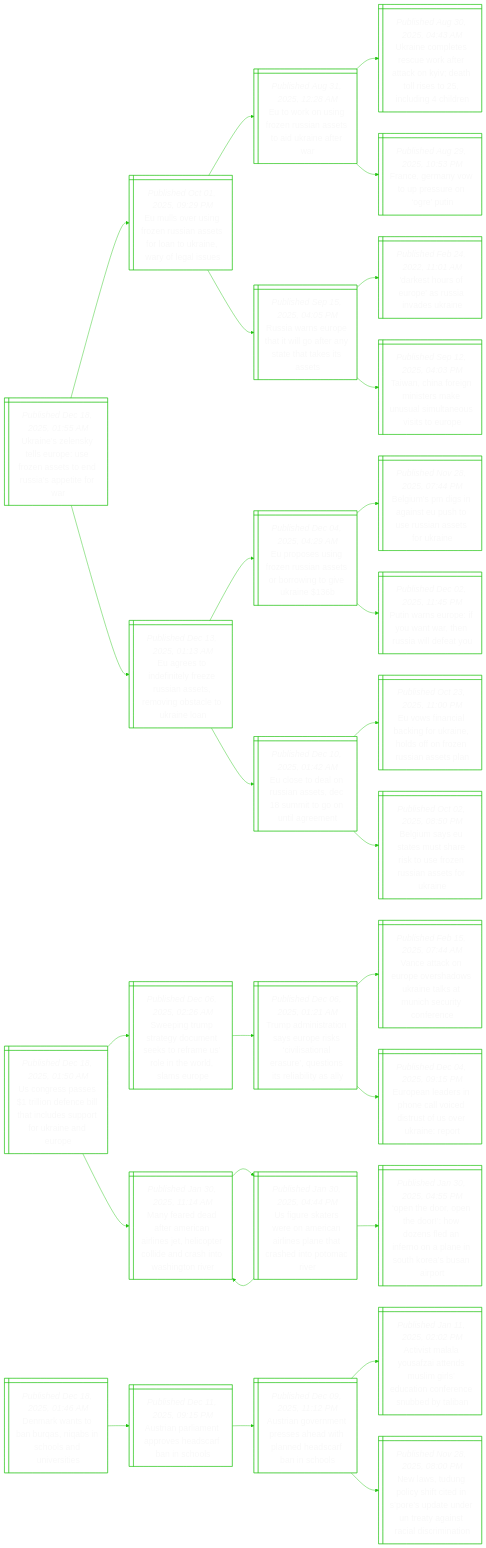
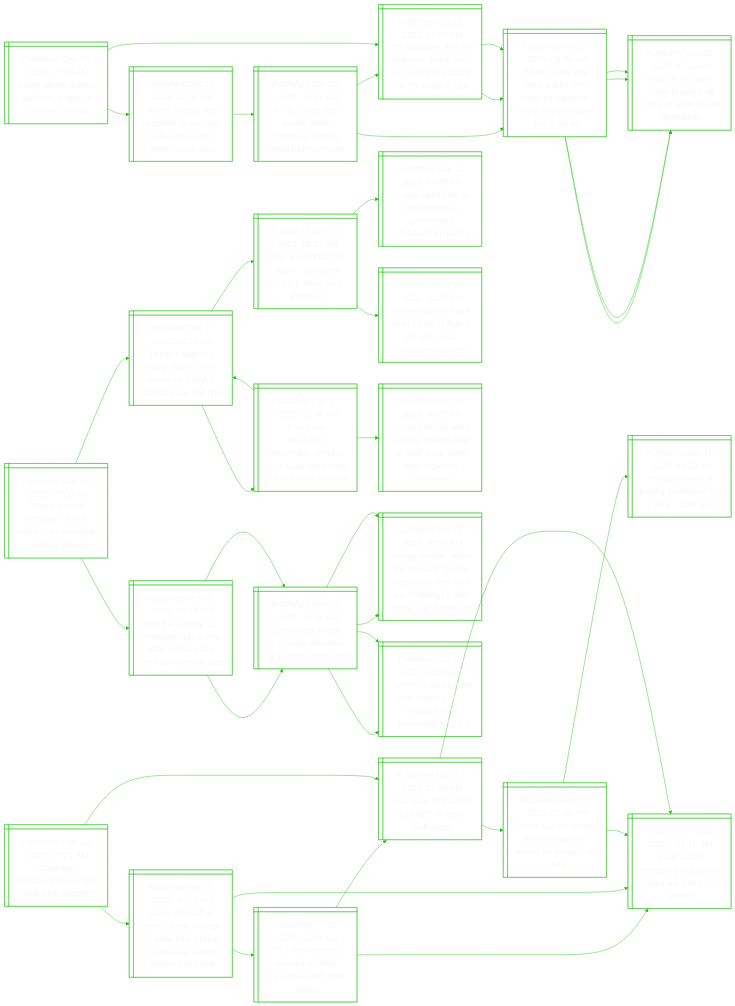
The diagram in README.md (notJmes/notJmes), drawn with Mermaid before and after one commit. The commit also changed other lines of this file, not shown here.

````diff
--- a/README.md
+++ b/README.md
@@ -16,94 +16,121 @@
 flowchart LR
 classDef txtsize font-size:20px;
 
-Unlyspfntnsptw@{ shape: win-pane, label: "_Published Dec 18, 2025, 01:55 AM_
-Ukraine’s zelensky tells europe: use frozen assets to end russia’s appetite for war" }
-Elrgessfakeoau@{ shape: win-pane, label: "_Published Oct 01, 2025, 09:29 PM_
-Eu mulls over using frozen russian assets for loan to ukraine, wary of legal issues" }
-Eoufnisoker@{ shape: win-pane, label: "_Published Aug 31, 2025, 12:28 AM_
-Eu to work on using frozen russian assets to aid ukraine after war" }
-Unpsukrcyaleniin@{ shape: win-pane, label: "_Published Aug 30, 2025, 04:43 AM_
-Ukraine completes rescue work after attack on kyiv; death toll rises to 25, including 4 children" }
-Feawpuou@{ shape: win-pane, label: "_Published Aug 29, 2025, 10:53 PM_
-France, germany vow to up pressure on ‘ogre’ putin" }
-Rasptlfnttss@{ shape: win-pane, label: "_Published Sep 15, 2025, 04:05 PM_
-Russia warns europe that it will go after any state that takes its assets" }
-DsruasvUn@{ shape: win-pane, label: "_Published Feb 24, 2022, 11:01 AM_
-'darkest hours of europe' as russia invades ukraine" }
-Tnainreumnvsr@{ shape: win-pane, label: "_Published Sep 12, 2025, 04:03 PM_
-Taiwan, china foreign ministers make unusual simultaneous visits to europe" }
-Eeiilesasvblke@{ shape: win-pane, label: "_Published Dec 13, 2025, 01:13 AM_
-Eu agrees to indefinitely freeze russian assets, removing obstacle to ukraine loan" }
-Epufnisrotei@{ shape: win-pane, label: "_Published Dec 04, 2025, 04:29 AM_
-Eu proposes using frozen russian assets or borrowing to give ukraine $136b" }
-BudnnpountUn@{ shape: win-pane, label: "_Published Nov 28, 2025, 07:44 PM_
-Belgium’s pm digs in against eu push to use russian assets for ukraine" }
-PwEeuwesleu@{ shape: win-pane, label: "_Published Dec 02, 2025, 11:45 PM_
-Putin warns europe: if you want war, then russia will defeat you" }
-EseRaeciotrn@{ shape: win-pane, label: "_Published Dec 10, 2025, 01:42 AM_
-Eu close to deal on russian assets, dec 18 summit to go on until agreement" }
-EsnbnUndozsas@{ shape: win-pane, label: "_Published Oct 23, 2025, 11:00 PM_
-Eu vows financial backing for ukraine, holds off on frozen russian assets plan" }
-Busauasszsaske@{ shape: win-pane, label: "_Published Oct 02, 2025, 08:50 PM_
-Belgium says eu states must share risk to use frozen russian assets for ukraine" }
+Jasplpcrdo@{ shape: win-pane, label: "_Published Dec 18, 2025, 07:59 AM_
+Judge allows trump’s ballroom project to proceed for now" }
+Tstatoslmeiuy@{ shape: win-pane, label: "_Published Dec 05, 2025, 07:00 AM_
+Trump selects new architect to oversee ballroom project, white house says" }
+WHgcdhmsaaok@{ shape: win-pane, label: "_Published Dec 02, 2025, 08:45 AM_
+White house gets scaled-down christmas display amid ballroom work" }
+WHEilowboudioo@{ shape: win-pane, label: "_Published Oct 23, 2025, 04:39 AM_
+White house east wing will be torn down for ballroom, trump had promised not to do so" }
+Tletlmphrnmhts@{ shape: win-pane, label: "_Published Oct 25, 2025, 08:05 PM_
+The bulldozer and the ballroom: trump puts his permanent stamp on the white house" }
+Tletlmphrnmhts@{ shape: win-pane, label: "_Published Oct 25, 2025, 08:05 PM_
+The bulldozer and the ballroom: trump puts his permanent stamp on the white house" }
+WHEilowboudioo@{ shape: win-pane, label: "_Published Oct 23, 2025, 04:39 AM_
+White house east wing will be torn down for ballroom, trump had promised not to do so" }
+Mtauuoiotsoo@{ shape: win-pane, label: "_Published Oct 22, 2025, 07:16 AM_
+‘music to my ears’: trump brushes off critics of white house demolition" }
+Mtauuoiotsoo@{ shape: win-pane, label: "_Published Oct 22, 2025, 07:16 AM_
+‘music to my ears’: trump brushes off critics of white house demolition" }
+WHEilowboudioo@{ shape: win-pane, label: "_Published Oct 23, 2025, 04:39 AM_
+White house east wing will be torn down for ballroom, trump had promised not to do so" }
+Mtauuoiotsoo@{ shape: win-pane, label: "_Published Oct 22, 2025, 07:16 AM_
+‘music to my ears’: trump brushes off critics of white house demolition" }
+Mtauuoiotsoo@{ shape: win-pane, label: "_Published Oct 22, 2025, 07:16 AM_
+‘music to my ears’: trump brushes off critics of white house demolition" }
 
-Unlyspfntnsptw:::txtsize --> Elrgessfakeoau:::txtsize
-Elrgessfakeoau:::txtsize --> Eoufnisoker:::txtsize
-Eoufnisoker:::txtsize --> Unpsukrcyaleniin:::txtsize
-Eoufnisoker:::txtsize --> Feawpuou:::txtsize
-Elrgessfakeoau:::txtsize --> Rasptlfnttss:::txtsize
-Rasptlfnttss:::txtsize --> DsruasvUn:::txtsize
-Rasptlfnttss:::txtsize --> Tnainreumnvsr:::txtsize
-Unlyspfntnsptw:::txtsize --> Eeiilesasvblke:::txtsize
-Eeiilesasvblke:::txtsize --> Epufnisrotei:::txtsize
-Epufnisrotei:::txtsize --> BudnnpountUn:::txtsize
-Epufnisrotei:::txtsize --> PwEeuwesleu:::txtsize
-Eeiilesasvblke:::txtsize --> EseRaeciotrn:::txtsize
-EseRaeciotrn:::txtsize --> EsnbnUndozsas:::txtsize
-EseRaeciotrn:::txtsize --> Busauasszsaske:::txtsize
+Jasplpcrdo:::txtsize --> Tstatoslmeiuy:::txtsize
+Tstatoslmeiuy:::txtsize --> WHgcdhmsaaok:::txtsize
+WHgcdhmsaaok:::txtsize --> WHEilowboudioo:::txtsize
+WHgcdhmsaaok:::txtsize --> Tletlmphrnmhts:::txtsize
+Jasplpcrdo:::txtsize --> Tletlmphrnmhts:::txtsize
+Tletlmphrnmhts:::txtsize --> WHEilowboudioo:::txtsize
+WHEilowboudioo:::txtsize --> Mtauuoiotsoo:::txtsize
+WHEilowboudioo:::txtsize --> Mtauuoiotsoo:::txtsize
+Tletlmphrnmhts:::txtsize --> WHEilowboudioo:::txtsize
+WHEilowboudioo:::txtsize --> Mtauuoiotsoo:::txtsize
+WHEilowboudioo:::txtsize --> Mtauuoiotsoo:::txtsize
 
-Ugpsleetnepoano@{ shape: win-pane, label: "_Published Dec 18, 2025, 01:50 AM_
-Us congress passes $1 trillion defence bill that includes support for ukraine and europe" }
-Siurymeoarnolu@{ shape: win-pane, label: "_Published Dec 06, 2025, 02:26 AM_
-Sweeping trump strategy document seeks to reframe us’ role in the world, slams europe" }
-Taitariisnaqitiia@{ shape: win-pane, label: "_Published Dec 06, 2025, 01:21 AM_
-Trump administration says europe risks ‘civilisational erasure’, questions its reliability as ally" }
-VakrvaUnkusinn@{ shape: win-pane, label: "_Published Feb 15, 2025, 07:44 AM_
-Vance attack on europe overshadows ukraine talks at munich security conference" }
-EeainletovrRt@{ shape: win-pane, label: "_Published Dec 04, 2025, 09:15 PM_
-European leaders in phone call voiced distrust of us over ukraine: report" }
-Medfmaljltlaathoe@{ shape: win-pane, label: "_Published Jan 30, 2025, 11:14 AM_
-Many feared dead after american airlines jet, helicopter collide and crash into washington river" }
-Uuawniienthtoi@{ shape: win-pane, label: "_Published Jan 30, 2025, 04:44 PM_
-Us figure skaters were on american airlines plane that crashed into potomac river" }
-Medfmaljltlaathoe@{ shape: win-pane, label: "_Published Jan 30, 2025, 11:14 AM_
-Many feared dead after american airlines jet, helicopter collide and crash into washington river" }
-OhrtodsaennooBar@{ shape: win-pane, label: "_Published Jan 30, 2025, 04:55 PM_
-‘open the door, open the door!’: how dozens fled an inferno on a plane in south korea’s busan airport" }
+Cisheerai@{ shape: win-pane, label: "_Published Dec 18, 2025, 07:21 AM_
+Canadian researchers see rare polar bear adoption" }
+MolooooariSteriea@{ shape: win-pane, label: "_Published Sep 26, 2025, 04:45 PM_
+Make yourself at home: drone footage of polar bears living in soviet-era weather station goes viral" }
+Teiiosorhrs@{ shape: win-pane, label: "_Published Jul 22, 2025, 10:58 AM_
+The eye-opening science of close encounters with polar bears" }
+PbiehgAcus@{ shape: win-pane, label: "_Published May 19, 2025, 02:40 PM_
+Polar bear biopsies to shed light on arctic pollutants" }
+Pbsgtpoietr@{ shape: win-pane, label: "_Published Feb 14, 2024, 01:15 AM_
+Polar bears struggling to adapt to longer ice-free arctic periods" }
+Pbsgtpoietr@{ shape: win-pane, label: "_Published Feb 14, 2024, 01:15 AM_
+Polar bears struggling to adapt to longer ice-free arctic periods" }
+PbiehgAcus@{ shape: win-pane, label: "_Published May 19, 2025, 02:40 PM_
+Polar bear biopsies to shed light on arctic pollutants" }
+Accecooorad@{ shape: win-pane, label: "_Published Feb 05, 2025, 07:45 AM_
+Arctic sea ice levels second lowest on record for january: us data" }
+Tiebgnnoby@{ shape: win-pane, label: "_Published Jan 31, 2025, 03:09 AM_
+Trump interest in buying greenland ‘not a joke’, rubio says" }
+Pbsgtpoietr@{ shape: win-pane, label: "_Published Feb 14, 2024, 01:15 AM_
+Polar bears struggling to adapt to longer ice-free arctic periods" }
+Pbsgtpoietr@{ shape: win-pane, label: "_Published Feb 14, 2024, 01:15 AM_
+Polar bears struggling to adapt to longer ice-free arctic periods" }
 
-Ugpsleetnepoano:::txtsize --> Siurymeoarnolu:::txtsize
-Siurymeoarnolu:::txtsize --> Taitariisnaqitiia:::txtsize
-Taitariisnaqitiia:::txtsize --> VakrvaUnkusinn:::txtsize
-Taitariisnaqitiia:::txtsize --> EeainletovrRt:::txtsize
-Ugpsleetnepoano:::txtsize --> Medfmaljltlaathoe:::txtsize
-Medfmaljltlaathoe:::txtsize --> Uuawniienthtoi:::txtsize
-Uuawniienthtoi:::txtsize --> Medfmaljltlaathoe:::txtsize
-Uuawniienthtoi:::txtsize --> OhrtodsaennooBar:::txtsize
+Cisheerai:::txtsize --> MolooooariSteriea:::txtsize
+MolooooariSteriea:::txtsize --> Teiiosorhrs:::txtsize
+Teiiosorhrs:::txtsize --> PbiehgAcus:::txtsize
+Teiiosorhrs:::txtsize --> Pbsgtpoietr:::txtsize
+MolooooariSteriea:::txtsize --> Pbsgtpoietr:::txtsize
+Cisheerai:::txtsize --> PbiehgAcus:::txtsize
+PbiehgAcus:::txtsize --> Accecooorad:::txtsize
+Accecooorad:::txtsize --> Tiebgnnoby:::txtsize
+Accecooorad:::txtsize --> Pbsgtpoietr:::txtsize
+PbiehgAcus:::txtsize --> Pbsgtpoietr:::txtsize
 
-Drtaqqnodei@{ shape: win-pane, label: "_Published Dec 18, 2025, 01:46 AM_
-Denmark wants to ban burqas, niqabs in schools and universities" }
-Airepssbsl@{ shape: win-pane, label: "_Published Dec 11, 2025, 09:15 PM_
-Austrian parliament approves headscarf ban in schools" }
-Aiveeawldsbsl@{ shape: win-pane, label: "_Published Dec 09, 2025, 11:12 PM_
-Austrian government presses ahead with planned headscarf ban in schools" }
-AiloztMmsacrsean@{ shape: win-pane, label: "_Published Jan 11, 2025, 02:02 PM_
-Activist malala yousafzai attends muslim girls’ education conference snubbed by taliban" }
-Nwulhineadtyncimi@{ shape: win-pane, label: "_Published Nov 28, 2025, 08:00 PM_
-New laws, tudung policy shift cited in s’pore’s update under un treaty against racial discrimination" }
+Ttsgidsociu@{ shape: win-pane, label: "_Published Dec 18, 2025, 07:00 AM_
+Trump to vow ‘stronger’ us in tv address as economic worries mount" }
+TsoastneRrols@{ shape: win-pane, label: "_Published Dec 17, 2025, 03:14 AM_
+Trump’s approval rating slips to 39%, economy weighs, reuters/ipsos poll finds" }
+Hthnndwrust@{ shape: win-pane, label: "_Published Nov 14, 2025, 08:52 AM_
+‘hope it won’t happen again’: us federal workers return post-shutdown" }
+Tsdootveuns@{ shape: win-pane, label: "_Published Nov 13, 2025, 07:48 AM_
+Trump signs deal to end longest us government shutdown in history" }
+Annoalsvuni@{ shape: win-pane, label: "_Published Nov 10, 2025, 10:23 PM_
+Airlines cancel more than 1,500 us flights on nov 10 as shutdown persists" }
+Thcirlhffesiblr@{ shape: win-pane, label: "_Published Dec 17, 2025, 03:34 AM_
+Trump has ‘alcoholic’s personality’, chief of staff susie wiles says in bombshell interview" }
+Tapsiecofieelers@{ shape: win-pane, label: "_Published Dec 17, 2025, 06:45 AM_
+Trump and top aides publicly defend chief of staff susie wiles after explosive interviews" }
+TsoastneRrols@{ shape: win-pane, label: "_Published Dec 17, 2025, 03:14 AM_
+Trump’s approval rating slips to 39%, economy weighs, reuters/ipsos poll finds" }
+ThuMnlmenekmae@{ shape: win-pane, label: "_Published Nov 05, 2025, 02:15 PM_
+‘turn the volume up,’ mamdani tells trump after winning new york city mayoral race" }
+Drwialosdp@{ shape: win-pane, label: "_Published Nov 05, 2025, 09:46 AM_
+Democrats sweep first major elections of second trump term" }
+YMmnoihaiYilehpea@{ shape: win-pane, label: "_Published Nov 05, 2025, 10:55 AM_
+Young, muslim, asian and socialist: zohran mamdani’s new york win challenges both trump and democrats" }
+Ctywmaeiseary@{ shape: win-pane, label: "_Published Jul 15, 2025, 06:24 AM_
+Cuomo to stay in new york mayoral race despite losing democratic primary" }
+Drwialosdp@{ shape: win-pane, label: "_Published Nov 05, 2025, 09:46 AM_
+Democrats sweep first major elections of second trump term" }
+YMmnoihaiYilehpea@{ shape: win-pane, label: "_Published Nov 05, 2025, 10:55 AM_
+Young, muslim, asian and socialist: zohran mamdani’s new york win challenges both trump and democrats" }
+Ctywmaeiseary@{ shape: win-pane, label: "_Published Jul 15, 2025, 06:24 AM_
+Cuomo to stay in new york mayoral race despite losing democratic primary" }
 
-Drtaqqnodei:::txtsize --> Airepssbsl:::txtsize
-Airepssbsl:::txtsize --> Aiveeawldsbsl:::txtsize
-Aiveeawldsbsl:::txtsize --> AiloztMmsacrsean:::txtsize
-Aiveeawldsbsl:::txtsize --> Nwulhineadtyncimi:::txtsize
+Ttsgidsociu:::txtsize --> TsoastneRrols:::txtsize
+TsoastneRrols:::txtsize --> Hthnndwrust:::txtsize
+Hthnndwrust:::txtsize --> Tsdootveuns:::txtsize
+Hthnndwrust:::txtsize --> Annoalsvuni:::txtsize
+TsoastneRrols:::txtsize --> Thcirlhffesiblr:::txtsize
+Thcirlhffesiblr:::txtsize --> Tapsiecofieelers:::txtsize
+Thcirlhffesiblr:::txtsize --> TsoastneRrols:::txtsize
+Ttsgidsociu:::txtsize --> ThuMnlmenekmae:::txtsize
+ThuMnlmenekmae:::txtsize --> Drwialosdp:::txtsize
+Drwialosdp:::txtsize --> YMmnoihaiYilehpea:::txtsize
+Drwialosdp:::txtsize --> Ctywmaeiseary:::txtsize
+ThuMnlmenekmae:::txtsize --> Drwialosdp:::txtsize
+Drwialosdp:::txtsize --> YMmnoihaiYilehpea:::txtsize
+Drwialosdp:::txtsize --> Ctywmaeiseary:::txtsize
 
 ```
````
